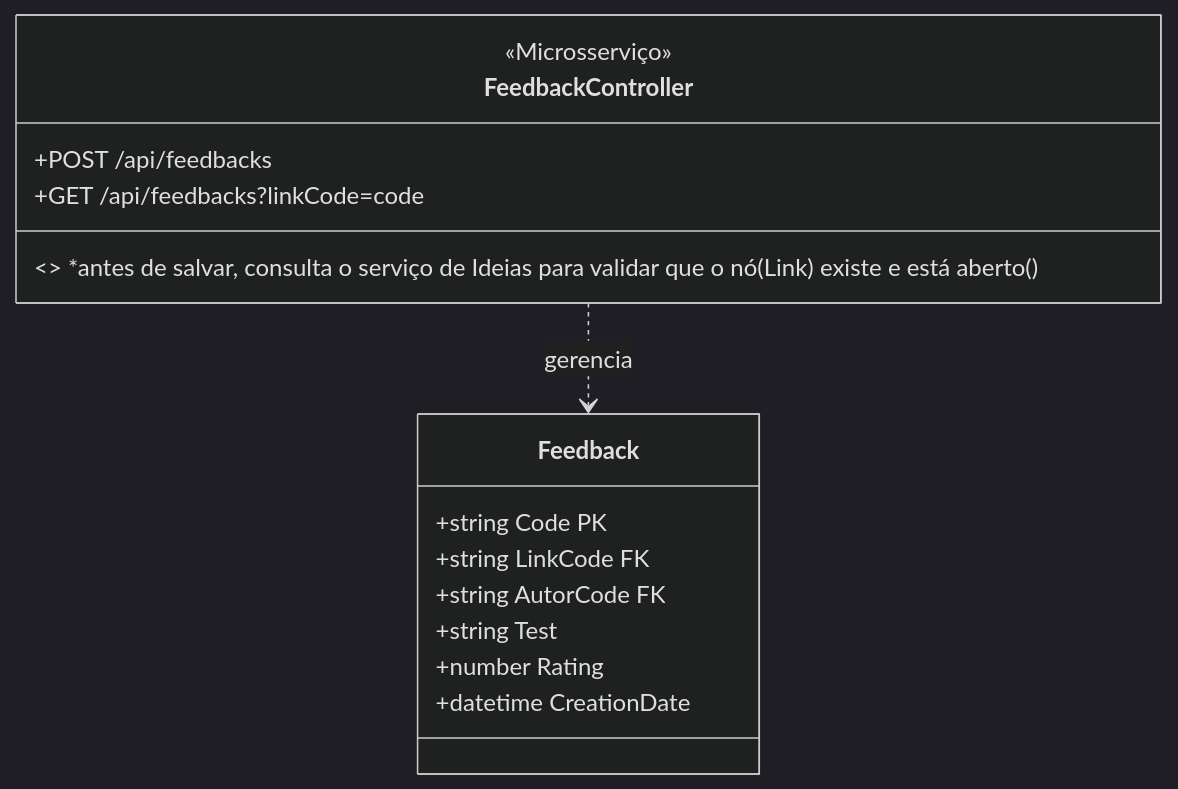
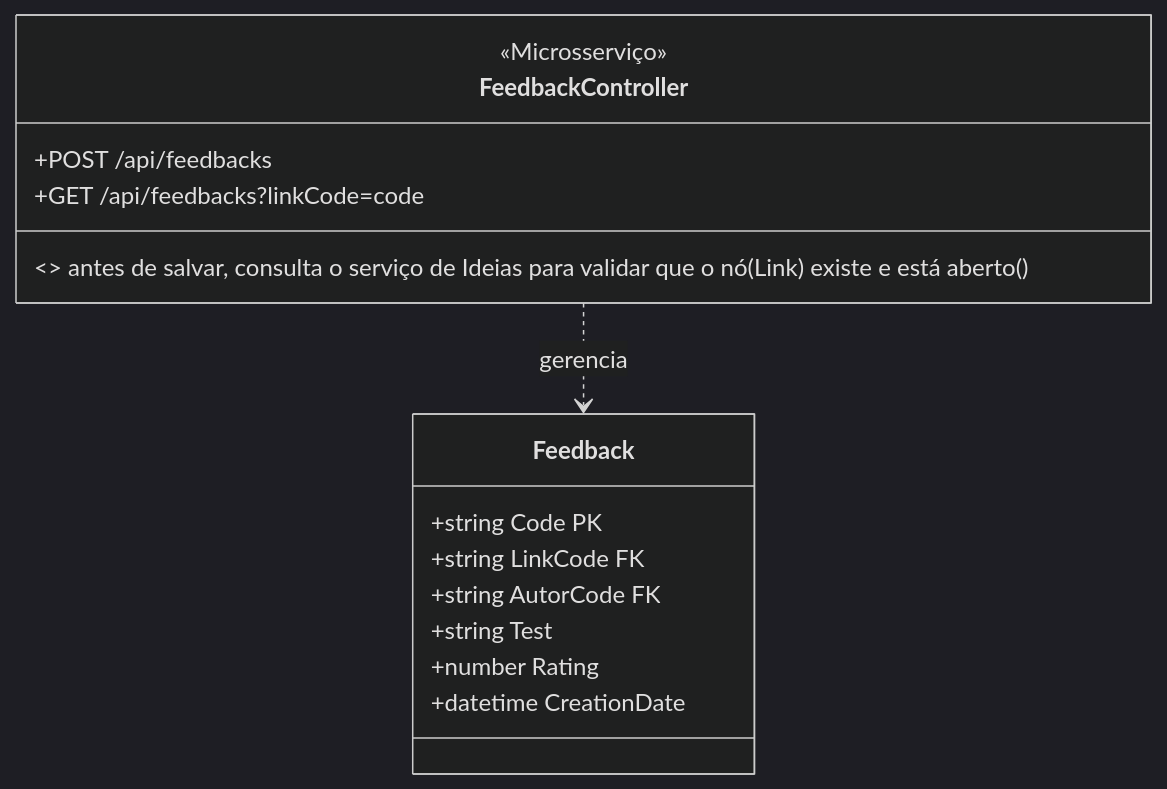
One commit to thales-vaz-sousa/Branchstorm changed the sixth of 8 diagrams in README.md. Above: the diagram before and after it, drawn with Mermaid (dark theme). The commit also changed other lines of this file and 27 other files, not shown here.

````diff
--- a/README.md
+++ b/README.md
@@ -207,20 +223,20 @@
 ```mermaid
 classDiagram
     class FeedbackController {
         <<Microsserviço>>
         +POST /api/feedbacks
         +GET /api/feedbacks?linkCode=code
-        <> *antes de salvar, consulta o serviço de Ideias para validar que o nó(Link) existe e está aberto ()
+        <<Integração>> antes de salvar, consulta o serviço de Ideias para validar que o nó(Link) existe e está aberto ()
     }
 
     class Feedback {
         +string Code PK
         +string LinkCode FK
         +string AutorCode FK
         +string Test
         +number Rating
         +datetime CreationDate
     }
 
     FeedbackController ..> Feedback : gerencia
 ```
````
